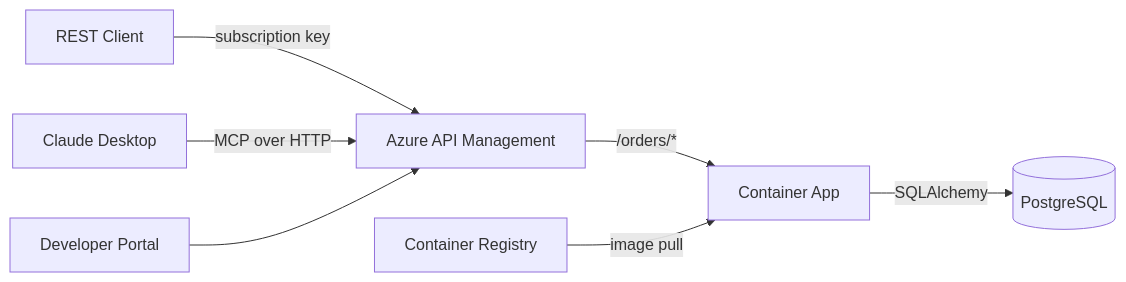
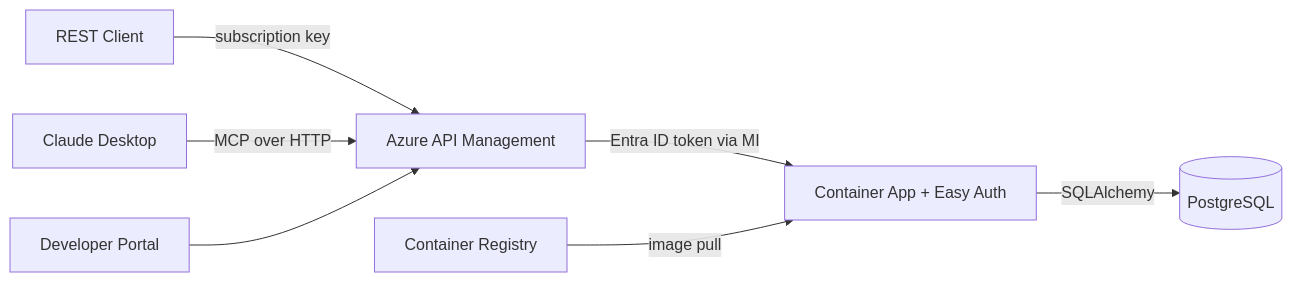
Before and after one commit to ozgurkarahan/azure-apim-mcp-server: the diagram in CLAUDE.md, drawn with Mermaid. The commit also changed other lines of this file and 4 other files, not shown here.

First line of the commit message:
Secure Container App with Entra ID auth via APIM managed identity

````diff
--- a/CLAUDE.md
+++ b/CLAUDE.md
@@ -8,9 +8,9 @@
 ```mermaid
 graph LR
     Client[REST Client] -->|subscription key| APIM[Azure API Management]
     Claude[Claude Desktop] -->|MCP over HTTP| APIM
-    APIM -->|/orders/*| CA[Container App]
+    APIM -->|Entra ID token via MI| CA[Container App + Easy Auth]
     CA -->|SQLAlchemy| PG[(PostgreSQL)]
     DevPortal[Developer Portal] --> APIM
     ACR[Container Registry] -->|image pull| CA
 ```
````
